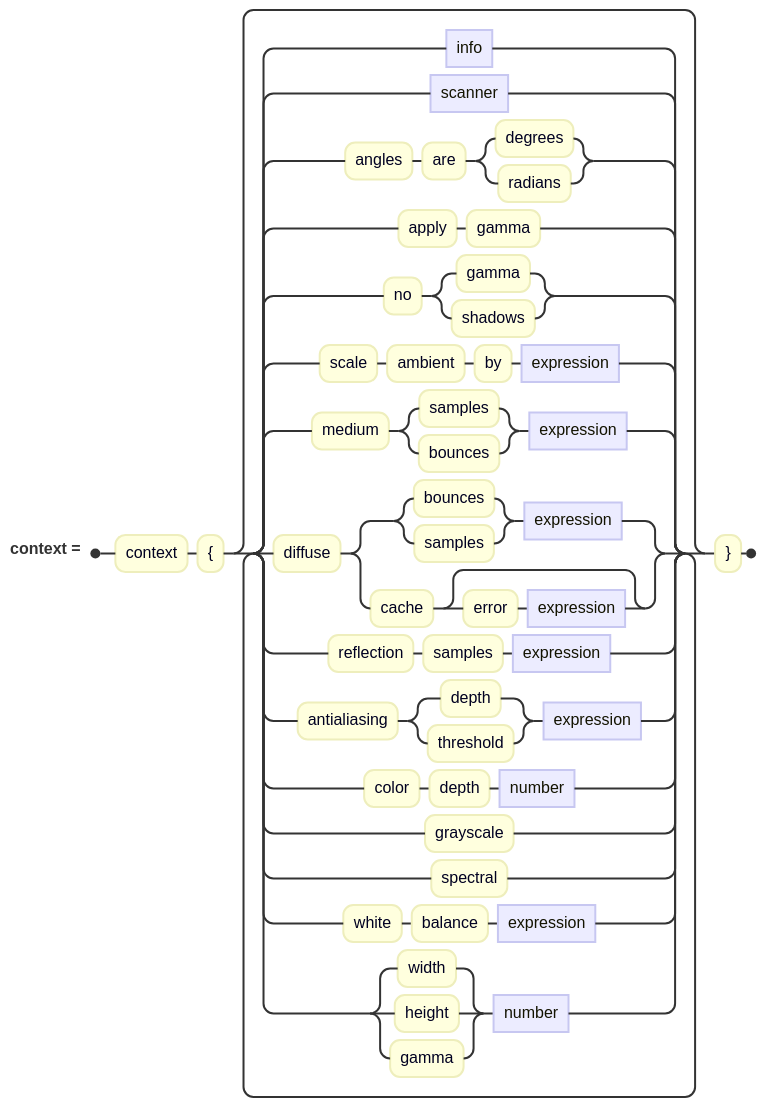
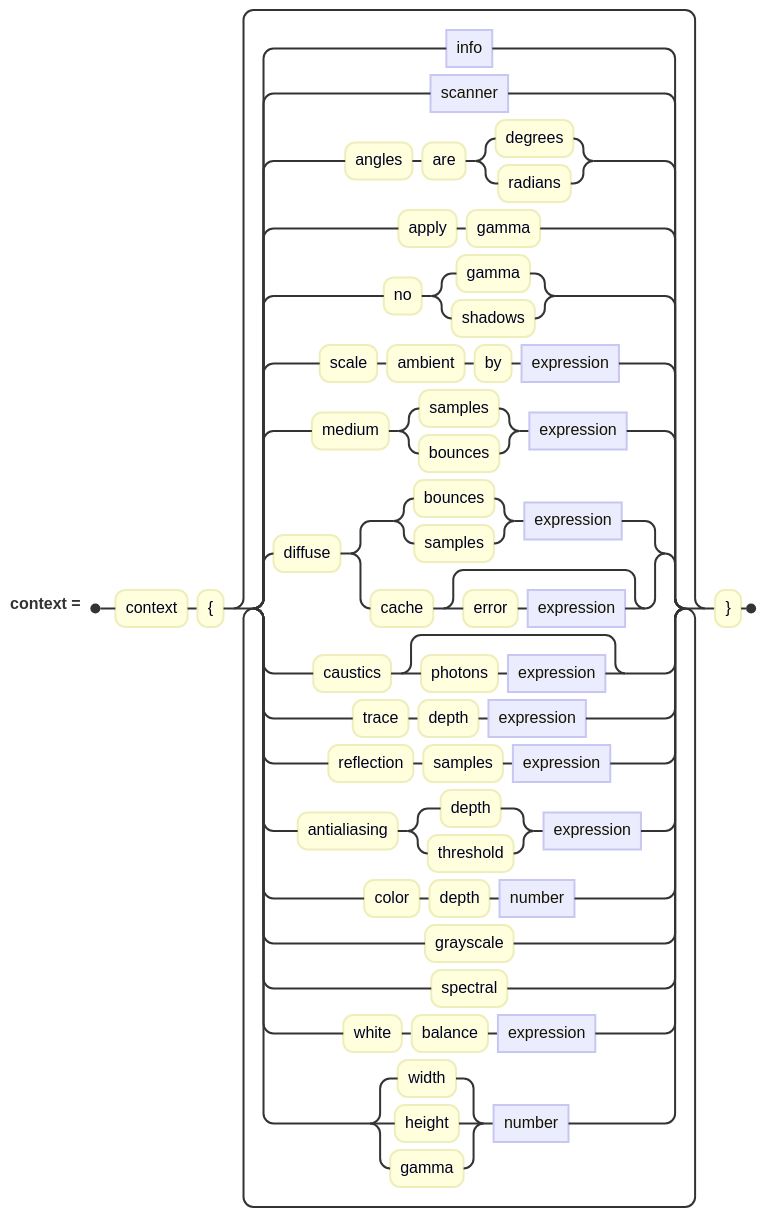
The diagram in docs/diagrams/context/contextClause.mmd (jskress/RayTracer), drawn with Mermaid before and after one commit. The commit also changed 55 other files, not shown here.

```diff
--- a/docs/diagrams/context/contextClause.mmd
+++ b/docs/diagrams/context/contextClause.mmd
@@ -1,13 +1,15 @@
 railroad-ebnf-beta
 title "The context block"
 
 context = "context" "{" { info | scanner | "angles" "are" ( "degrees" | "radians" )
         | "apply" "gamma" | "no" ( "gamma" | "shadows" )
         | "scale" "ambient" "by" expression
         | "medium" ( "samples" | "bounces" ) expression
         | "diffuse" ( ( "bounces" | "samples" ) expression | "cache" [ "error" expression ] )
+        | "caustics" [ "photons" expression ]
+        | "trace" "depth" expression
         | "reflection" "samples" expression
         | "antialiasing" ( "depth" | "threshold" ) expression
         | "color" "depth" number | "grayscale" | "spectral"
         | "white" "balance" expression
         | ( "width" | "height" | "gamma" ) number } "}" ;
```
